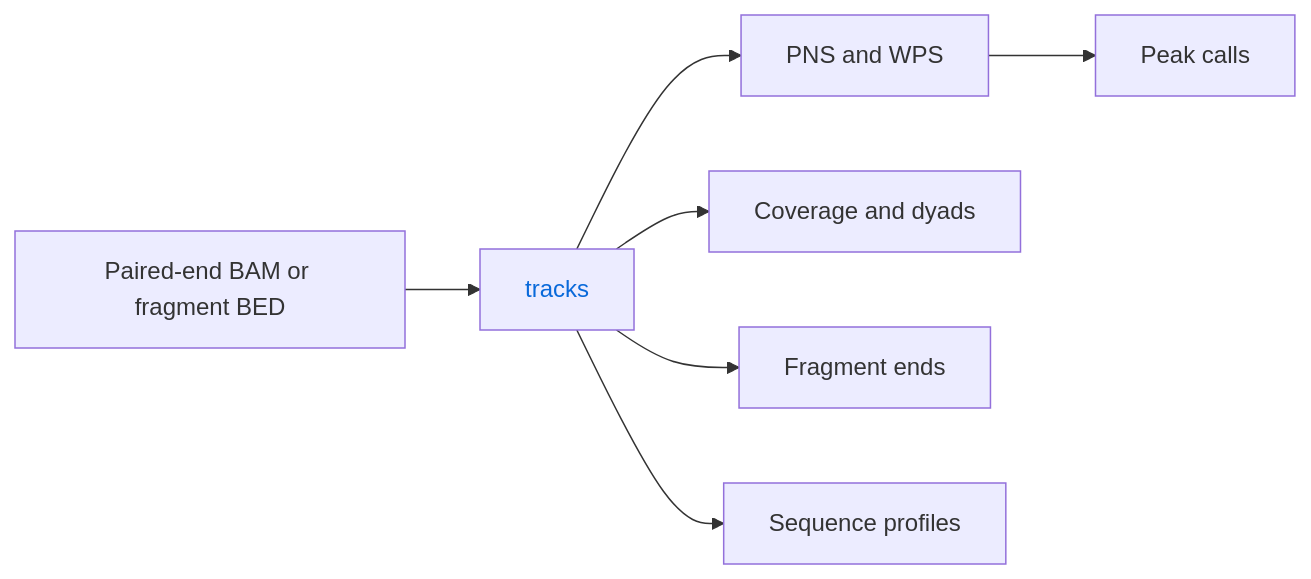
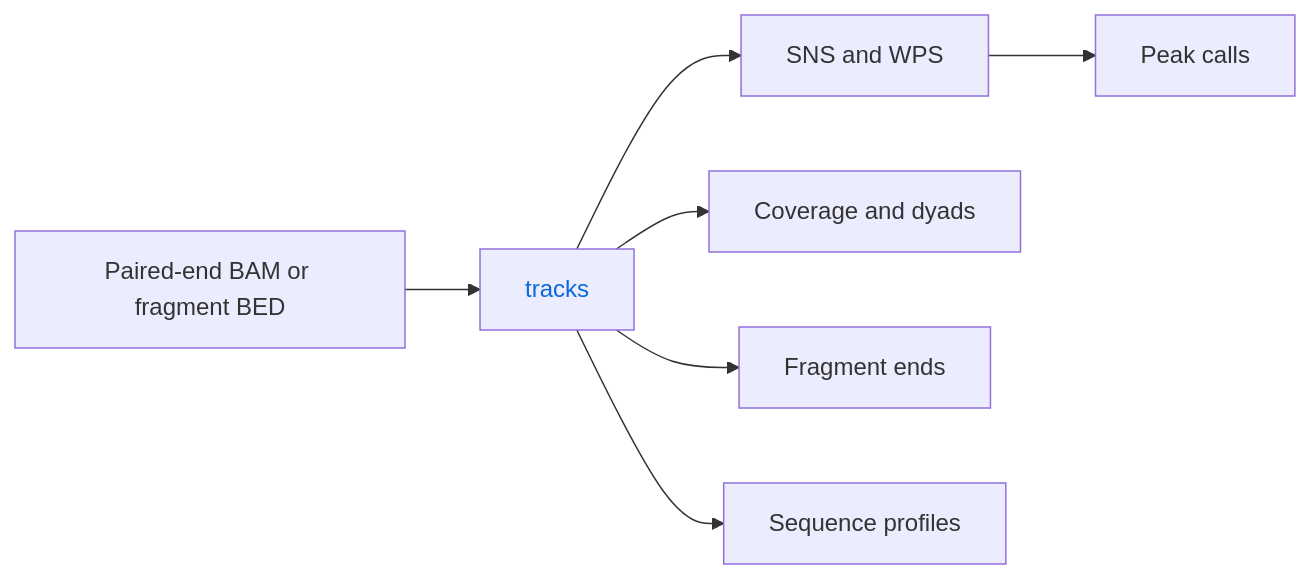
One commit to adjohnston85/NucleoSuite changed the sixth of 18 diagrams in docs/WORKFLOWS.md. Above: the diagram before and after it, drawn with Mermaid. The commit also changed other lines of this file and 77 other files, not shown here.

````diff
--- a/docs/WORKFLOWS.md
+++ b/docs/WORKFLOWS.md
@@ -158,13 +158,13 @@
 ```mermaid
 flowchart LR
     A[Paired-end BAM or fragment BED] --> B[tracks]
-    B --> C[PNS and WPS]
+    B --> C[SNS and WPS]
     B --> D[Coverage and dyads]
     B --> E[Fragment ends]
     B --> F[Sequence profiles]
     C --> G[Peak calls]
 
     classDef commandLink color:#0969da,text-decoration:none;
     class B commandLink;
     click B href "https://github.com/adjohnston85/NucleoSuite/blob/main/docs/commands/tracks.md" "Open tracks documentation"
 ```
````
